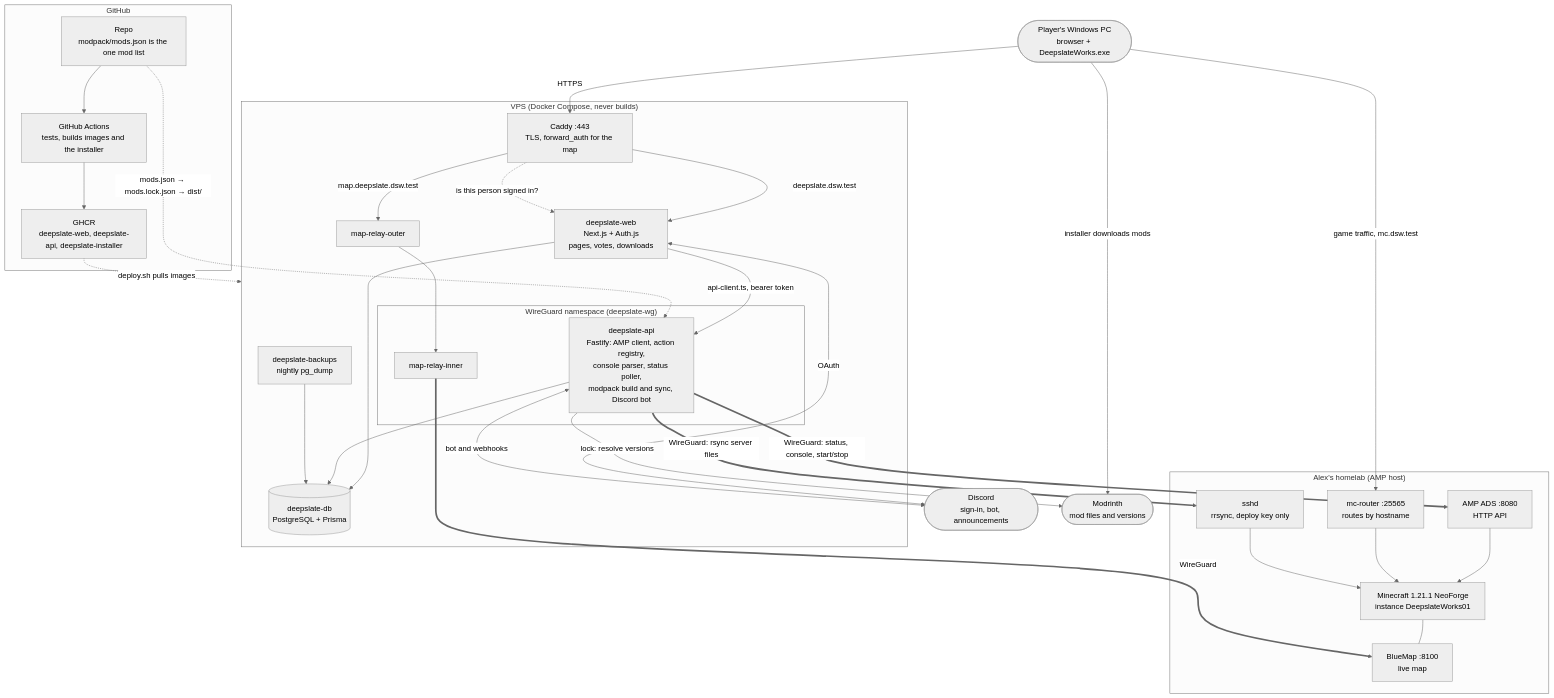
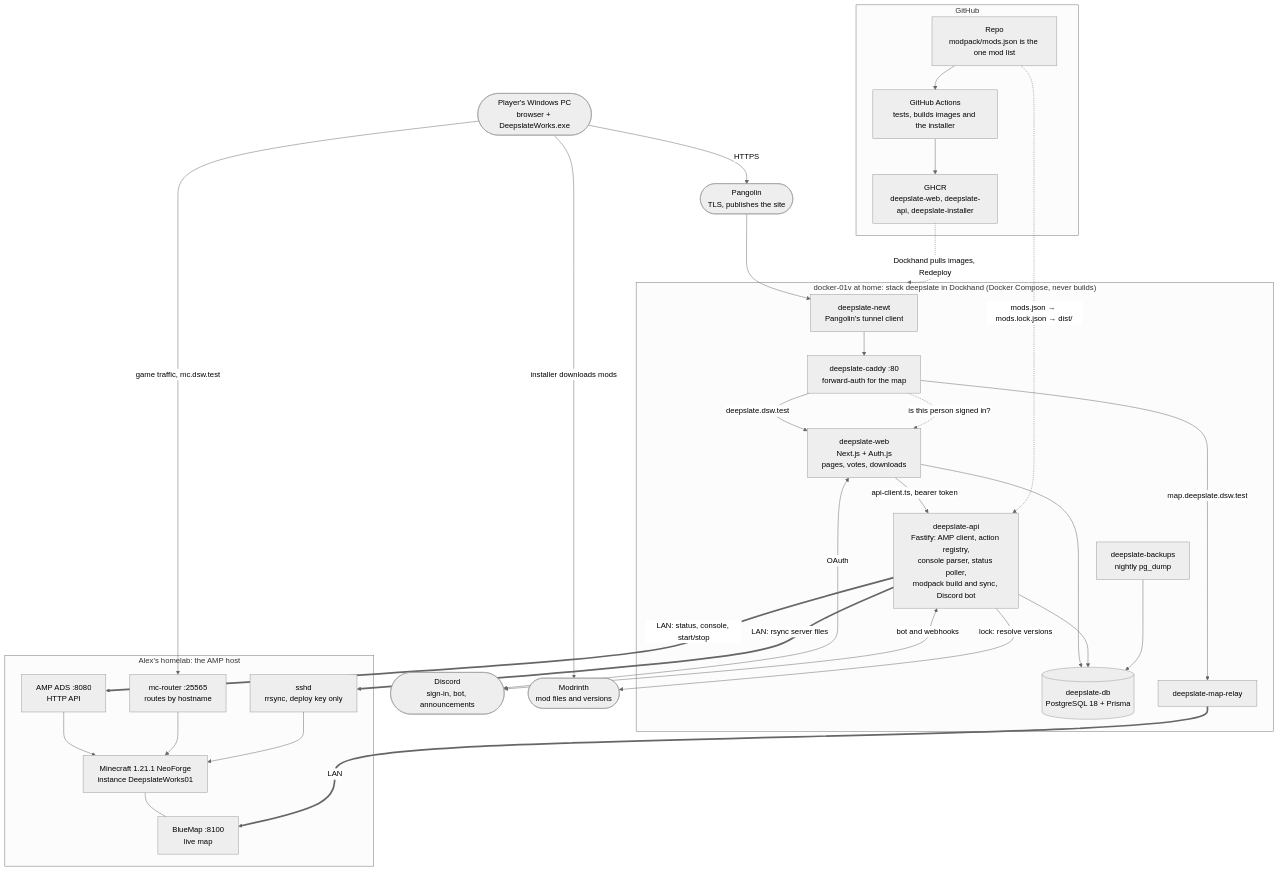
The diagram in docs/architecture.mmd (Blake-DK/deepslate-works), drawn with Mermaid (neutral theme) before and after one commit. The commit also changed 38 other files, not shown here.

Commit message:
docs: the VPS is no longer used; describe the home stack on docker-01v

```diff
--- a/docs/architecture.mmd
+++ b/docs/architecture.mmd
@@ -1,59 +1,59 @@
 flowchart TB
     player(["Player's Windows PC<br/>browser + DeepslateWorks.exe"])
     discord(["Discord<br/>sign-in, bot, announcements"])
     modrinth(["Modrinth<br/>mod files and versions"])
 
     subgraph github["GitHub"]
         repo["Repo<br/>modpack/mods.json is the one mod list"]
         ci["GitHub Actions<br/>tests, builds images and the installer"]
         ghcr["GHCR<br/>deepslate-web, deepslate-api, deepslate-installer"]
         repo --> ci --> ghcr
     end
 
-    subgraph vps["VPS (Docker Compose, never builds)"]
-        caddy["Caddy :443<br/>TLS, forward_auth for the map"]
+    pangolin(["Pangolin<br/>TLS, publishes the site"])
+
+    subgraph stack["docker-01v at home: stack deepslate in Dockhand (Docker Compose, never builds)"]
+        newt["deepslate-newt<br/>Pangolin's tunnel client"]
+        caddy["deepslate-caddy :80<br/>forward-auth for the map"]
         web["deepslate-web<br/>Next.js + Auth.js<br/>pages, votes, downloads"]
-        db[("deepslate-db<br/>PostgreSQL + Prisma")]
+        db[("deepslate-db<br/>PostgreSQL 18 + Prisma")]
         backups["deepslate-backups<br/>nightly pg_dump"]
-        relayOuter["map-relay-outer"]
+        relay["deepslate-map-relay"]
+        api["deepslate-api<br/>Fastify: AMP client, action registry,<br/>console parser, status poller,<br/>modpack build and sync, Discord bot"]
 
-        subgraph tunnelns["WireGuard namespace (deepslate-wg)"]
-            api["deepslate-api<br/>Fastify: AMP client, action registry,<br/>console parser, status poller,<br/>modpack build and sync, Discord bot"]
-            relayInner["map-relay-inner"]
-        end
-
+        newt --> caddy
         caddy -->|deepslate.dsw.test| web
-        caddy -->|map.deepslate.dsw.test| relayOuter
+        caddy -->|map.deepslate.dsw.test| relay
         caddy -.->|is this person signed in?| web
         web -->|"api-client.ts, bearer token"| api
         web --> db
         api --> db
         backups --> db
-        relayOuter --> relayInner
     end
 
-    subgraph homelab["Alex's homelab (AMP host)"]
+    subgraph homelab["Alex's homelab: the AMP host"]
         router["mc-router :25565<br/>routes by hostname"]
         ads["AMP ADS :8080<br/>HTTP API"]
         mc["Minecraft 1.21.1 NeoForge<br/>instance DeepslateWorks01"]
         bluemap["BlueMap :8100<br/>live map"]
         sshd["sshd<br/>rrsync, deploy key only"]
         ads --> mc
         router --> mc
         mc --- bluemap
         sshd --> mc
     end
 
-    player -->|HTTPS| caddy
+    player -->|HTTPS| pangolin
+    pangolin --> newt
     player -->|"game traffic, mc.dsw.test"| router
     web <-->|OAuth| discord
     api <-->|bot and webhooks| discord
     api -->|"lock: resolve versions"| modrinth
     player -->|"installer downloads mods"| modrinth
 
-    api ==>|"WireGuard: status, console, start/stop"| ads
-    api ==>|"WireGuard: rsync server files"| sshd
-    relayInner ==>|WireGuard| bluemap
+    api ==>|"LAN: status, console, start/stop"| ads
+    api ==>|"LAN: rsync server files"| sshd
+    relay ==>|LAN| bluemap
 
-    ghcr -.->|"deploy.sh pulls images"| vps
+    ghcr -.->|"Dockhand pulls images, Redeploy"| stack
     repo -.->|"mods.json → mods.lock.json → dist/"| api
```
